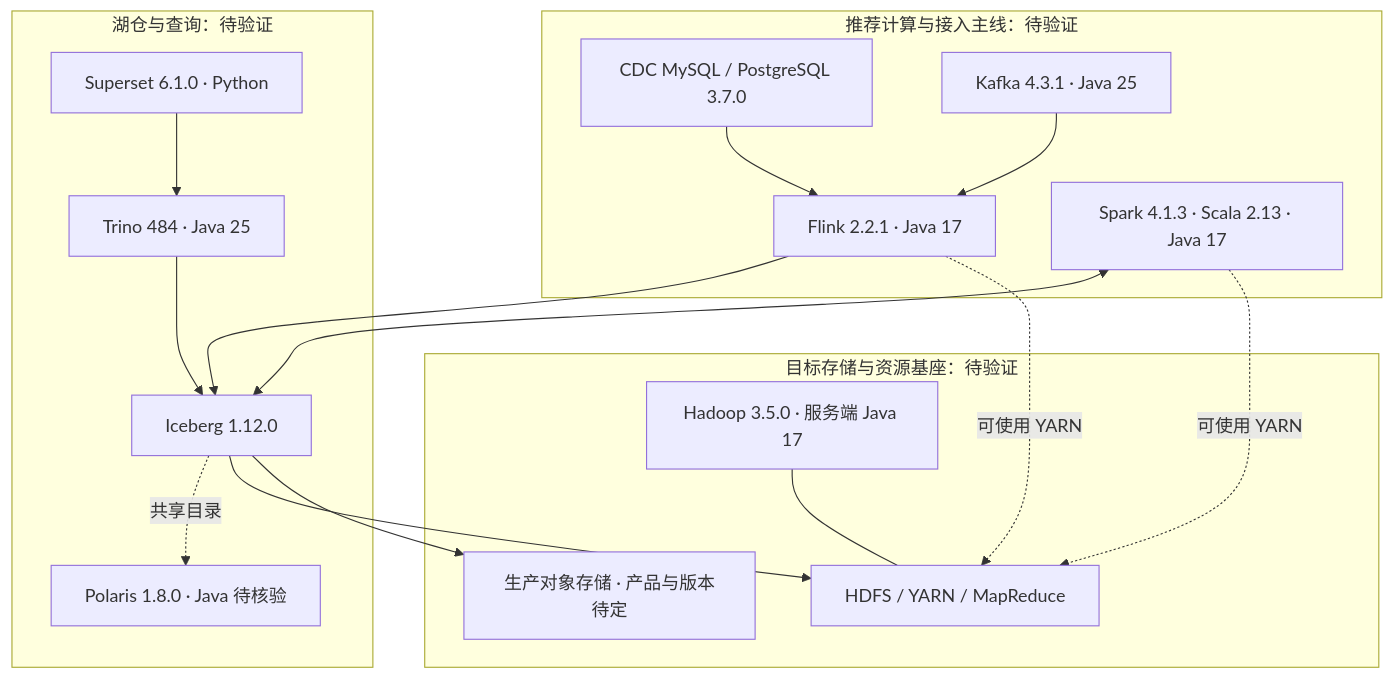
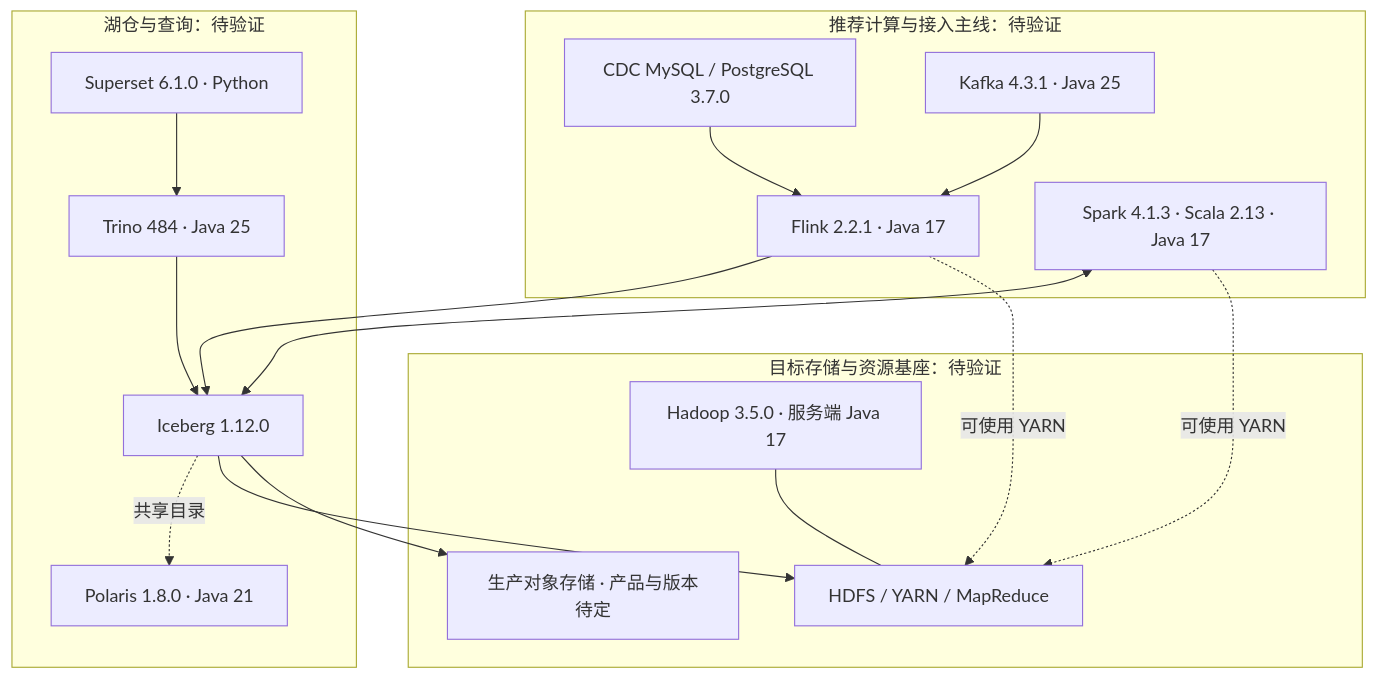
One commit to tommyxie2026-tech/bigdata changed the diagram in docs/target-version-matrix-20261024.md. Above: the diagram before and after it, drawn with Mermaid. The commit also changed other lines of this file, not shown here.

Commit message:
docs: confirm Polaris Java 21 runtime requirement

````diff
--- a/docs/target-version-matrix-20261024.md
+++ b/docs/target-version-matrix-20261024.md
@@ -9,32 +9,32 @@
 ```mermaid
 flowchart TB
   subgraph Compute[推荐计算与接入主线：待验证]
     CDC[CDC MySQL / PostgreSQL 3.7.0]
     K[Kafka 4.3.1 · Java 25]
     F[Flink 2.2.1 · Java 17]
     S[Spark 4.1.3 · Scala 2.13 · Java 17]
     CDC --> F
     K --> F
   end
   subgraph Lake[湖仓与查询：待验证]
     I[Iceberg 1.12.0]
-    P[Polaris 1.8.0 · Java 待核验]
+    P[Polaris 1.8.0 · Java 21]
     T[Trino 484 · Java 25]
     UI[Superset 6.1.0 · Python]
     F --> I
     S <--> I
     T --> I
     UI --> T
     I -. 共享目录 .-> P
   end
   subgraph Base[目标存储与资源基座：待验证]
     H[Hadoop 3.5.0 · 服务端 Java 17]
     FS[HDFS / YARN / MapReduce]
     OBJ[生产对象存储 · 产品与版本待定]
     H --- FS
   end
   I --> FS
   I --> OBJ
   S -. 可使用 YARN .-> FS
   F -. 可使用 YARN .-> FS
 ```
````
